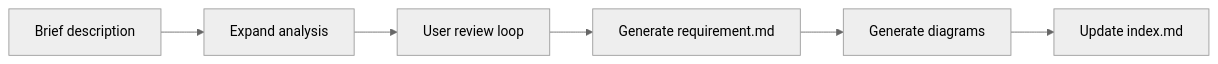
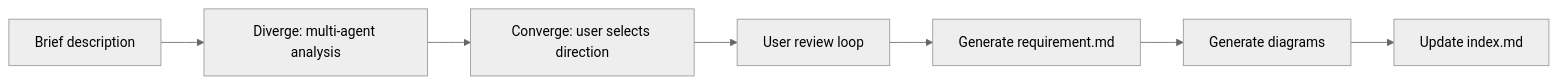
The first of 4 diagrams in req-1-analyze/SKILL.md (GOODDAYDAY/my-skills), drawn with Mermaid (neutral theme) before and after one commit. The commit also changed other lines of this file and 3 other files, not shown here.

First line of the commit message:
feat(diverge-converge): introduce pattern + downstream-stage preview

````diff
--- a/req-1-analyze/SKILL.md
+++ b/req-1-analyze/SKILL.md
@@ -13,8 +13,9 @@
 ```mermaid
 flowchart LR
-    A[Brief description] --> B[Expand analysis]
-    B --> C[User review loop]
-    C --> D[Generate requirement.md]
-    D --> E[Generate diagrams]
-    E --> F[Update index.md]
+    A[Brief description] --> B[Diverge: multi-agent analysis]
+    B --> C[Converge: user selects direction]
+    C --> D[User review loop]
+    D --> E[Generate requirement.md]
+    E --> F[Generate diagrams]
+    F --> G[Update index.md]
 ```
````
